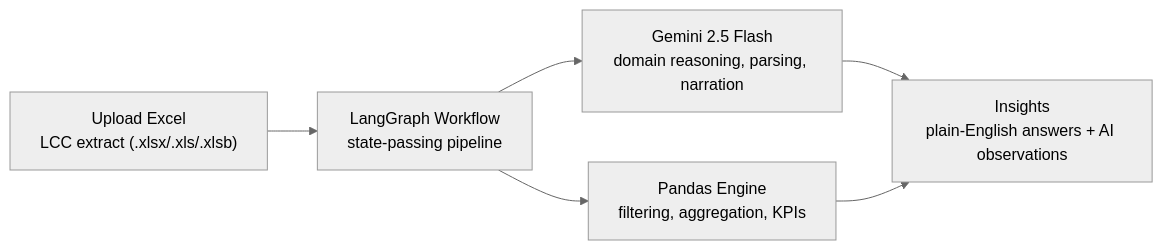
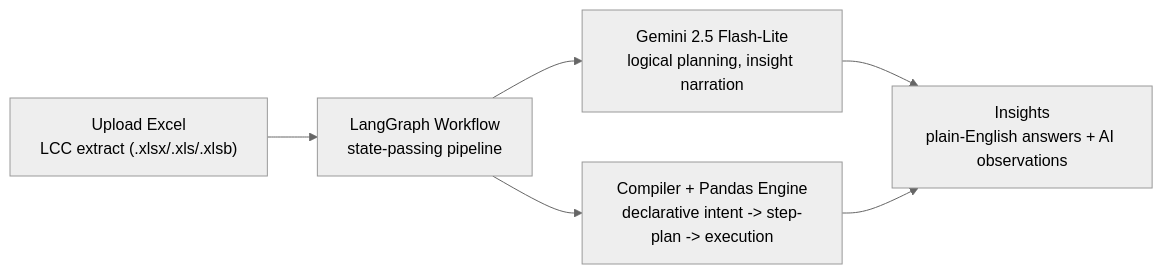
One commit to Sanjay-00/CollectionIQ changed the diagram in AGENTS.md. Above: the diagram before and after it, drawn with Mermaid (neutral theme). The commit also changed other lines of this file and 2 other files, not shown here.

````diff
--- a/AGENTS.md
+++ b/AGENTS.md
@@ -19,8 +19,8 @@
 ```mermaid
 flowchart LR
     A["Upload Excel\nLCC extract (.xlsx/.xls/.xlsb)"] --> B["LangGraph Workflow\nstate-passing pipeline"]
-    B --> C["Gemini 2.5 Flash\ndomain reasoning, parsing, narration"]
-    B --> D["Pandas Engine\nfiltering, aggregation, KPIs"]
+    B --> C["Gemini 2.5 Flash-Lite\nlogical planning, insight narration"]
+    B --> D["Compiler + Pandas Engine\ndeclarative intent -> step-plan -> execution"]
     C --> E["Insights\nplain-English answers + AI observations"]
     D --> E
 ```
````
